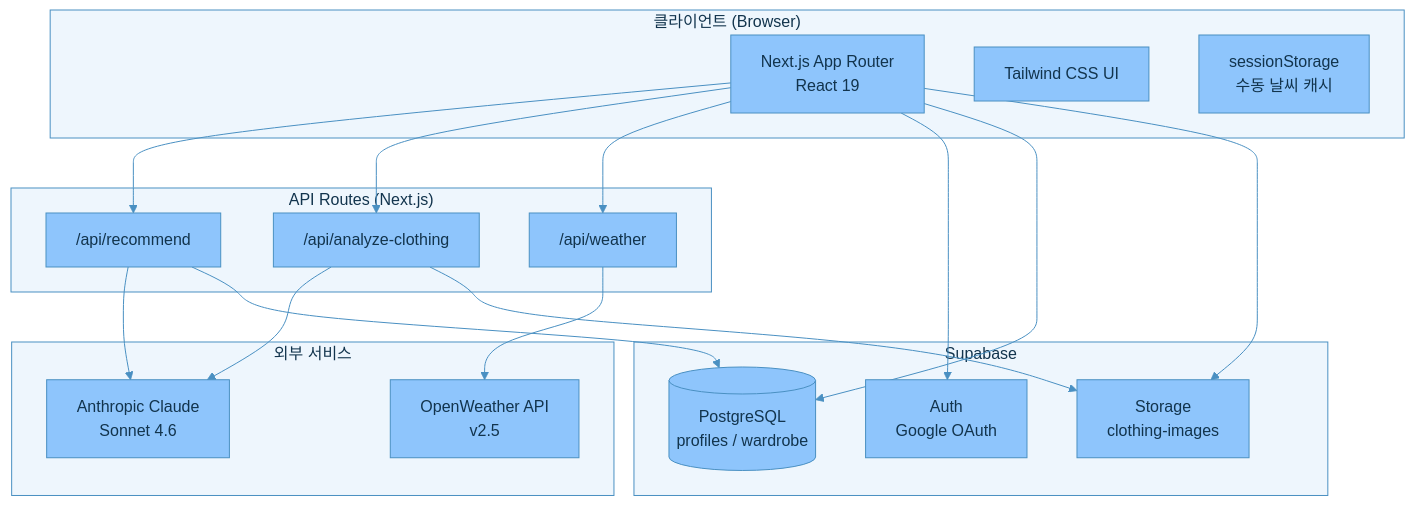
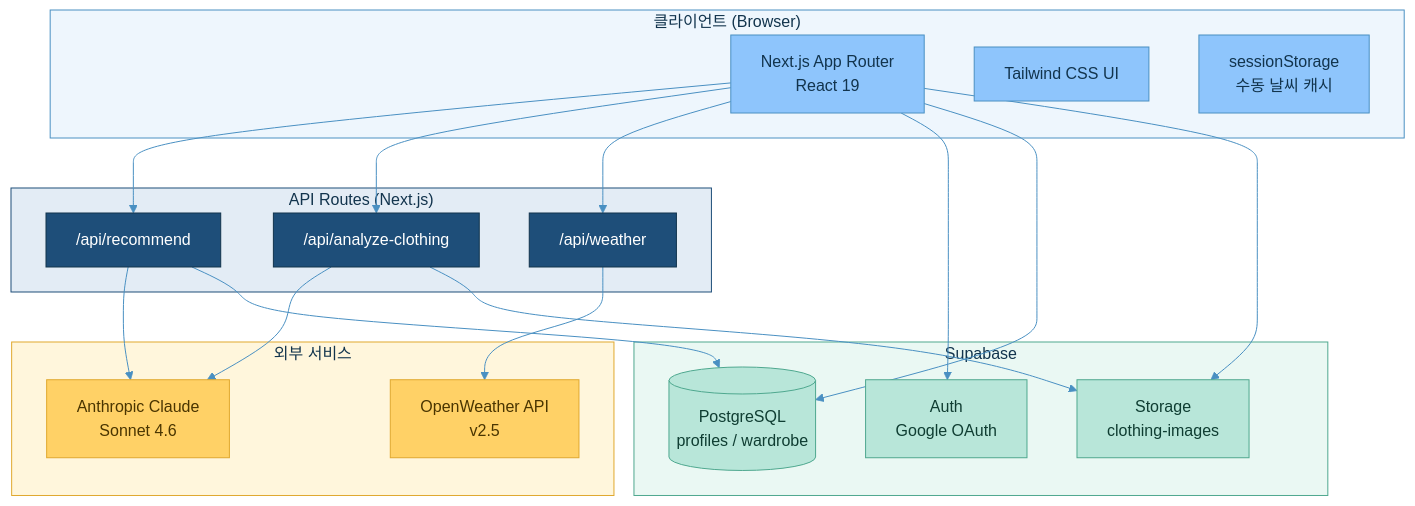
Before and after one commit to young017/weather: the first of 5 diagrams in README.md, drawn with Mermaid. The commit also changed other lines of this file, not shown here.

````diff
--- a/README.md
+++ b/README.md
@@ -23,38 +23,51 @@
 ```mermaid
 %%{init: {'theme': 'base', 'themeVariables': {'primaryColor': '#8EC5FC', 'primaryBorderColor': '#4A90C2', 'primaryTextColor': '#12344D', 'secondaryColor': '#D6EBFA', 'secondaryBorderColor': '#4A90C2', 'tertiaryColor': '#EEF6FD', 'tertiaryBorderColor': '#4A90C2', 'lineColor': '#4A90C2', 'clusterBkg': '#EEF6FD', 'clusterBorder': '#4A90C2', 'titleColor': '#12344D', 'edgeLabelBackground': '#EEF6FD'}}}%%
 graph TB
     subgraph Client["클라이언트 (Browser)"]
         A[Next.js App Router<br/>React 19]
         B[Tailwind CSS UI]
         C[sessionStorage<br/>수동 날씨 캐시]
     end
 
     subgraph API["API Routes (Next.js)"]
         D["/api/recommend"]
         E["/api/analyze-clothing"]
         F["/api/weather"]
     end
 
     subgraph External["외부 서비스"]
         G[Anthropic Claude<br/>Sonnet 4.6]
         H[OpenWeather API<br/>v2.5]
     end
 
     subgraph Supabase["Supabase"]
         I[(PostgreSQL<br/>profiles / wardrobe)]
         J[Storage<br/>clothing-images]
         K[Auth<br/>Google OAuth]
     end
 
     A --> D
     A --> E
     A --> F
     D --> G
     D --> I
     E --> G
     E --> J
     F --> H
     A --> K
     A --> I
     A --> J
+
+    classDef client fill:#8EC5FC,stroke:#4A90C2,color:#12344D
+    classDef api    fill:#1E4E79,stroke:#12344D,color:#FFFFFF
+    classDef ext    fill:#FFD166,stroke:#E0A82E,color:#4A3500
+    classDef db     fill:#B8E6D9,stroke:#4FA88F,color:#0F3D32
+    class A,B,C client
+    class D,E,F api
+    class G,H ext
+    class I,J,K db
+    style Client   fill:#EEF6FD,stroke:#4A90C2
+    style API      fill:#E3ECF5,stroke:#1E4E79
+    style External fill:#FFF6DC,stroke:#E0A82E
+    style Supabase fill:#EAF8F3,stroke:#4FA88F
 ```
````
